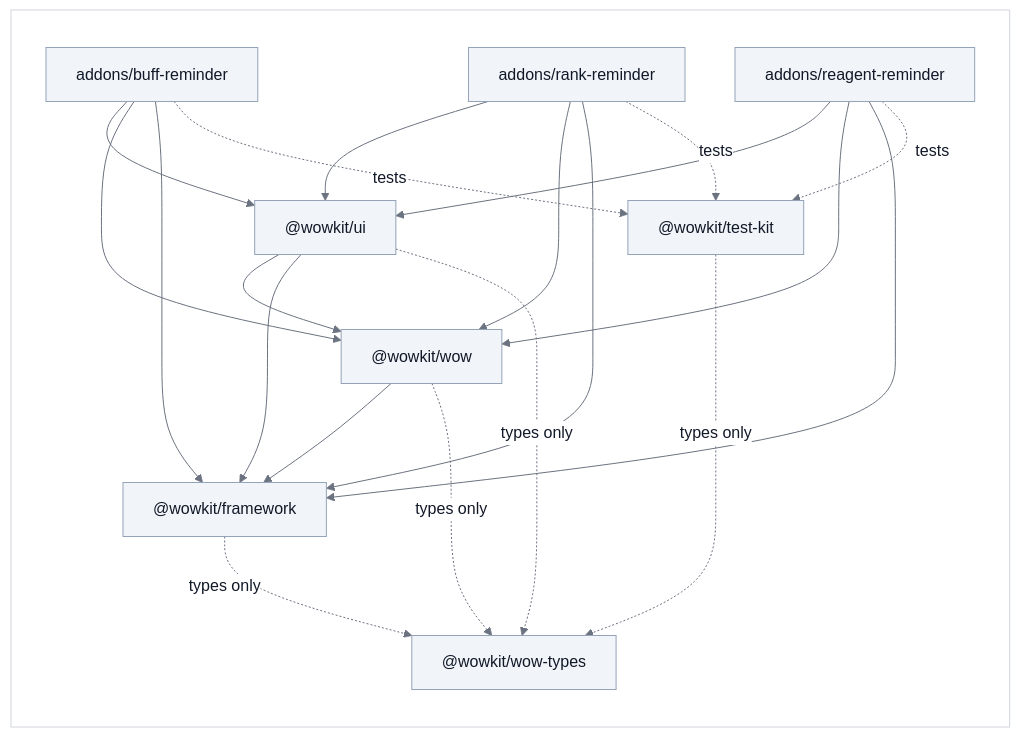
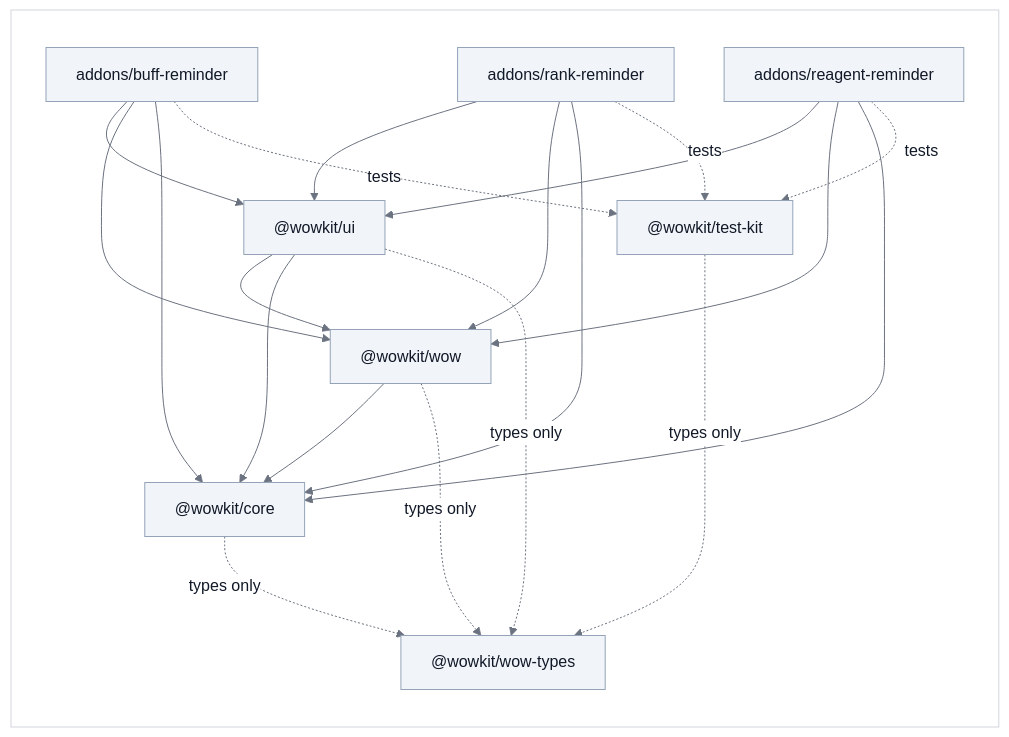
Before and after one commit to vattiss/wowkit: the diagram in docs/packages.md, drawn with Mermaid. The commit also changed other lines of this file and 65 other files, not shown here.

First line of the commit message:
refactor: rename the framework package to core

````diff
--- a/docs/packages.md
+++ b/docs/packages.md
@@ -27,28 +27,28 @@
 ```mermaid
 %%{init: {"theme":"base","themeVariables":{"background":"#ffffff","lineColor":"#6b7280","textColor":"#111827","primaryColor":"#f1f5f9","primaryTextColor":"#111827","primaryBorderColor":"#94a3b8","secondaryColor":"#e2e8f0","tertiaryColor":"#ffffff","mainBkg":"#f1f5f9","nodeBorder":"#94a3b8","nodeTextColor":"#111827","titleColor":"#111827","edgeLabelBackground":"#ffffff","labelBackground":"#ffffff","labelTextColor":"#111827","clusterBkg":"#ffffff","clusterBorder":"#d1d5db","classText":"#111827"}}}%%
 flowchart LR
     classDef default fill:#f1f5f9,stroke:#94a3b8,color:#111827
     subgraph PANEL[" "]
         buff["addons/buff-reminder"] --> ui["@wowkit/ui"]
         rank["addons/rank-reminder"] --> ui
         reagent["addons/reagent-reminder"] --> ui
         buff --> wow["@wowkit/wow"]
         rank --> wow
         reagent --> wow
-        buff --> framework["@wowkit/framework"]
-        rank --> framework
-        reagent --> framework
+        buff --> core["@wowkit/core"]
+        rank --> core
+        reagent --> core
         ui --> wow
-        ui --> framework
-        wow --> framework
+        ui --> core
+        wow --> core
         buff -. "tests" .-> testkit["@wowkit/test-kit"]
         rank -. "tests" .-> testkit
         reagent -. "tests" .-> testkit
         wow -. "types only" .-> types["@wowkit/wow-types"]
         ui -. "types only" .-> types
-        framework -. "types only" .-> types
+        core -. "types only" .-> types
         testkit -. "types only" .-> types
     end
     classDef panel fill:#ffffff,stroke:#d1d5db,color:#111827
     class PANEL panel
 ```
````
